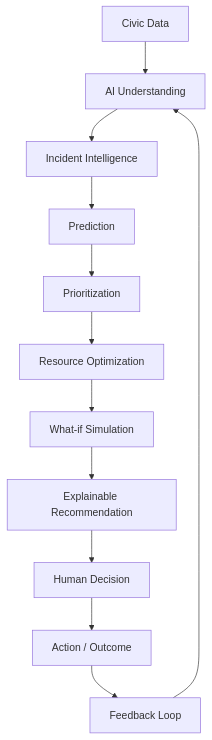
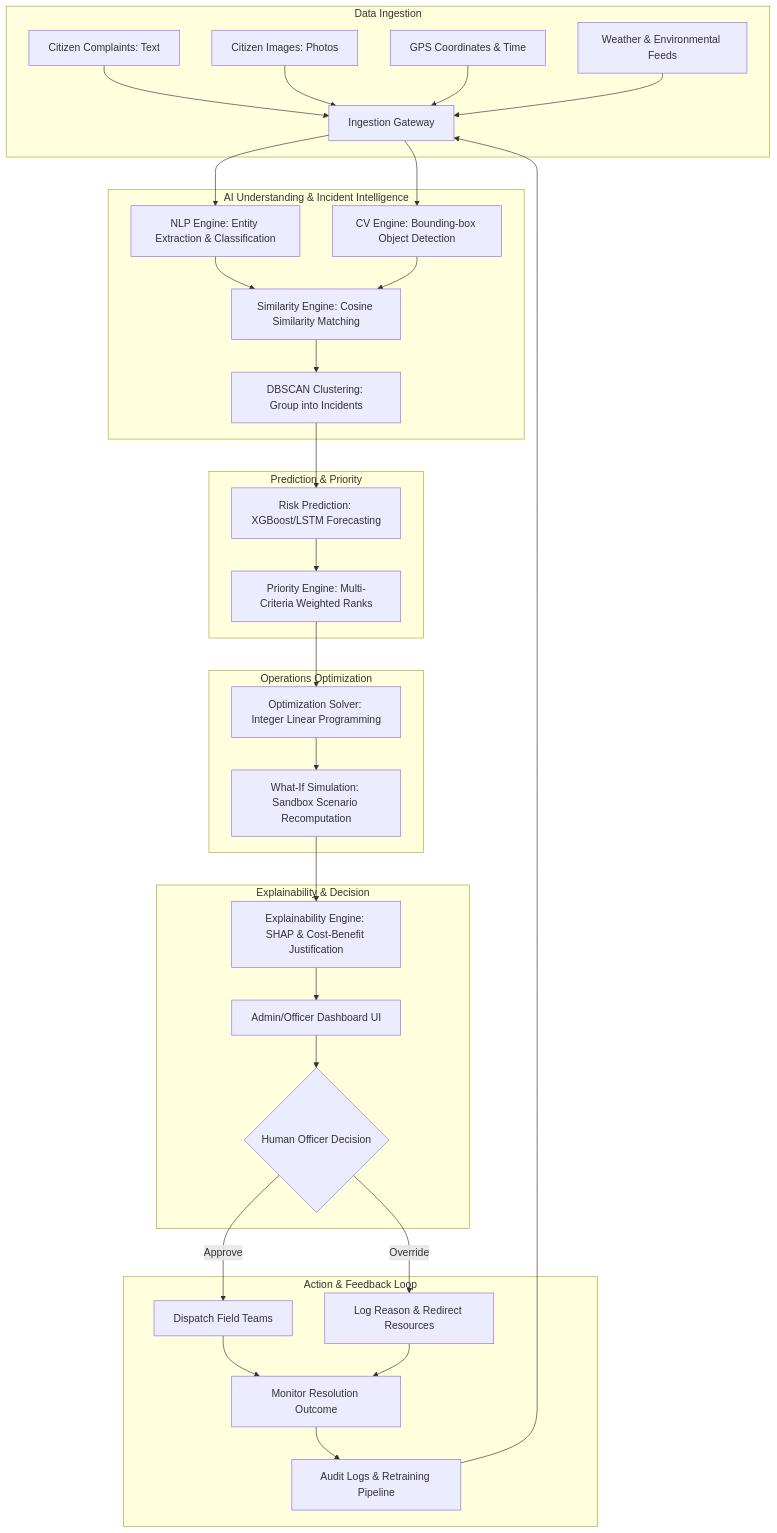
One commit to Sanjay-Mathivanan/DecisionOS changed the diagram in docs/01-overview/01-project-overview.md. Above: the diagram before and after it, drawn with Mermaid. The commit also changed other lines of this file and 3 other files, not shown here.

````diff
--- a/docs/01-overview/01-project-overview.md
+++ b/docs/01-overview/01-project-overview.md
@@ -13,14 +14,40 @@
 ```mermaid
 flowchart TD
-    A[Civic Data] --> B[AI Understanding]
-    B --> C[Incident Intelligence]
-    C --> D[Prediction]
-    D --> E[Prioritization]
-    E --> F[Resource Optimization]
-    F --> G[What-if Simulation]
-    G --> H[Explainable Recommendation]
-    H --> I[Human Decision]
-    I --> J[Action / Outcome]
-    J --> K[Feedback Loop]
-    K --> B
+    subgraph Data Ingestion
+        A[Citizen Complaints: Text] --> Ingest[Ingestion Gateway]
+        B[Citizen Images: Photos] --> Ingest
+        C[GPS Coordinates & Time] --> Ingest
+        D[Weather & Environmental Feeds] --> Ingest
+    end
+
+    subgraph AI Understanding & Incident Intelligence
+        Ingest --> NLP[NLP Engine: Entity Extraction & Classification]
+        Ingest --> CV[CV Engine: Bounding-box Object Detection]
+        NLP & CV --> Sim[Similarity Engine: Cosine Similarity Matching]
+        Sim --> Cluster[DBSCAN Clustering: Group into Incidents]
+    end
+
+    subgraph Prediction & Priority
+        Cluster --> Pred[Risk Prediction: XGBoost/LSTM Forecasting]
+        Pred --> Priority[Priority Engine: Multi-Criteria Weighted Ranks]
+    end
+
+    subgraph Operations Optimization
+        Priority --> Opt[Optimization Solver: Integer Linear Programming]
+        Opt --> Simu[What-If Simulation: Sandbox Scenario Recomputation]
+    end
+
+    subgraph Explainability & Decision
+        Simu --> XAI[Explainability Engine: SHAP & Cost-Benefit Justification]
+        XAI --> AdminDash[Admin/Officer Dashboard UI]
+        AdminDash --> Decision{Human Officer Decision}
+    end
+
+    subgraph Action & Feedback Loop
+        Decision -->|Approve| Action[Dispatch Field Teams]
+        Decision -->|Override| Override[Log Reason & Redirect Resources]
+        Action & Override --> Outcome[Monitor Resolution Outcome]
+        Outcome --> Feedback[Audit Logs & Retraining Pipeline]
+        Feedback --> Ingest
+    end
 ```
````
